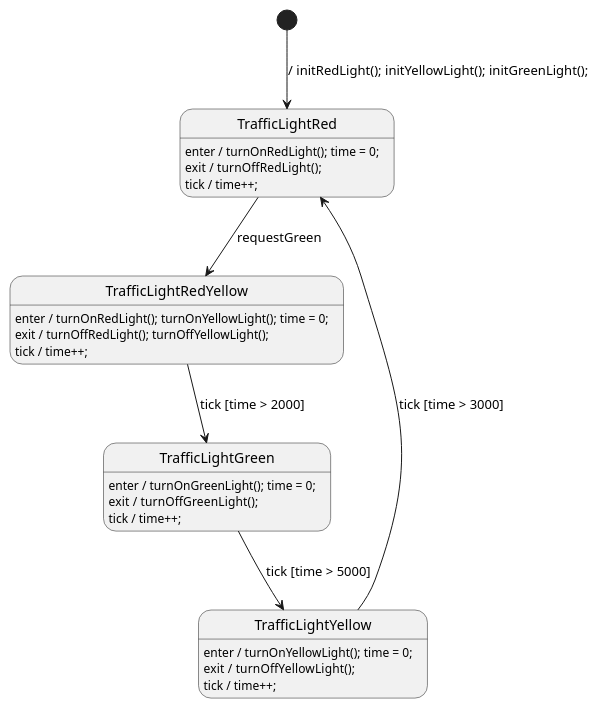
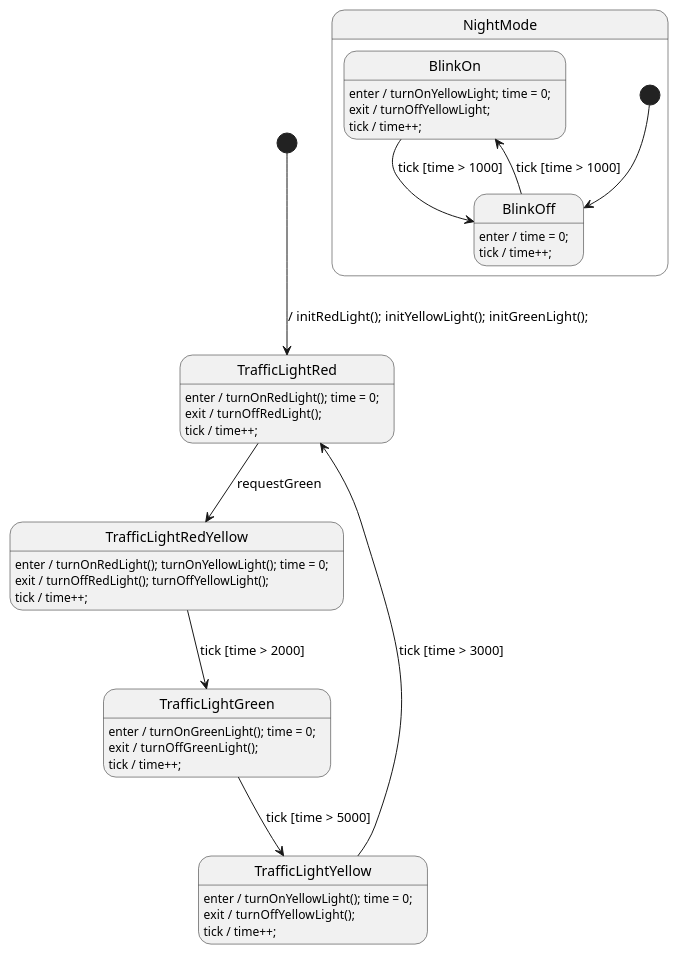
One commit to valentin-haub/esp32-traffic-light-management-system changed the diagram in State_machine/TrafficLight.plantuml. Above: the diagram before and after it, drawn with PlantUML.

Commit message:
State Machine: Superstate 'NightMode' hinzugefügt

```diff
--- a/State_machine/TrafficLight.plantuml
+++ b/State_machine/TrafficLight.plantuml
@@ -1,69 +1,87 @@
 @startuml TrafficLight
 
 ' //////////////////////// STATE ORGANIZATION ///////////////////////
 ' Note: StateSmith treats state names and events as case insensitive.
 ' More info: https://github.com/StateSmith/StateSmith/wiki/PlantUML
 
 state TrafficLightRed
 state TrafficLightRedYellow
 state TrafficLightGreen
 state TrafficLightYellow
+
+state NightMode {
+    state BlinkOn
+    state BlinkOff
+
+    [*] --> BlinkOff
+
+    ' BlinkOff
+    BlinkOff: enter / time = 0;
+    BlinkOff: tick / time++;
+    BlinkOff --> BlinkOn : tick [time > 1000]
+
+    ' BlinkOn
+    BlinkOn: enter / turnOnYellowLight; time = 0;
+    BlinkOn: exit / turnOffYellowLight;
+    BlinkOn: tick / time++;
+    BlinkOn --> BlinkOff : tick [time > 1000]
+}
 
 
 ' ///////////////////////// STATE HANDLERS /////////////////////////
 ' Syntax: https://github.com/StateSmith/StateSmith/wiki/Behaviors
 
 [*] --> TrafficLightRed : / initRedLight(); initYellowLight(); initGreenLight();
 
 ' TrafficLightRed
 TrafficLightRed: enter / turnOnRedLight(); time = 0;
 TrafficLightRed: exit  / turnOffRedLight();
 TrafficLightRed: tick / time++;
 TrafficLightRed --> TrafficLightRedYellow : requestGreen
 
 ' TrafficLightRedYellow
 TrafficLightRedYellow: enter / turnOnRedLight(); turnOnYellowLight(); time = 0;
 TrafficLightRedYellow: exit / turnOffRedLight(); turnOffYellowLight();
 TrafficLightRedYellow: tick / time++;
 TrafficLightRedYellow --> TrafficLightGreen : tick [time > 2000]
 
 ' TrafficLightGreen
 TrafficLightGreen: enter / turnOnGreenLight(); time = 0;
 TrafficLightGreen: exit  / turnOffGreenLight();
 TrafficLightGreen: tick / time++;
 TrafficLightGreen --> TrafficLightYellow : tick [time > 5000]
 
 ' TrafficLightYellow
 TrafficLightYellow: enter / turnOnYellowLight(); time = 0;
 TrafficLightYellow: exit  / turnOffYellowLight();
 TrafficLightYellow: tick / time++;
 TrafficLightYellow --> TrafficLightRed : tick [time > 3000]
 
 
 ' //////////////////////// StateSmith config ////////////////////////
 ' The below special comment block sets the StateSmith configuration.
 ' More info: https://github.com/StateSmith/StateSmith/issues/335
 
 /'! $CONFIG : toml
 
 [RenderConfig]
 FileTop = """
     """
 AutoExpandedVars = """
     uint16_t time;
     """
 
 [RenderConfig.C]
 CFileExtension = ".cpp"
 HFileExtension = ".hpp"
 HFileIncludes = """
     #include <stdint.h> // for time var
     """
 CFileIncludes = """
     #include "driver.hpp"
     """
 
 [SmRunnerSettings]
 transpilerId = "C99"
 '/
 @enduml
```
